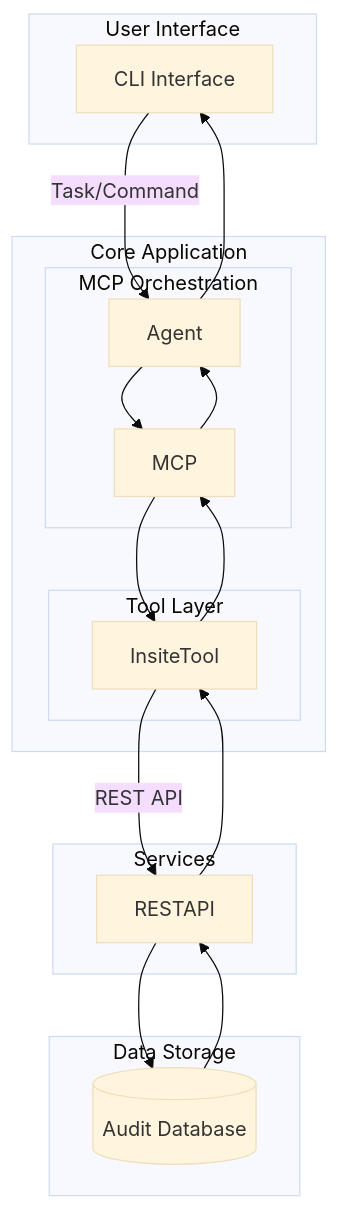
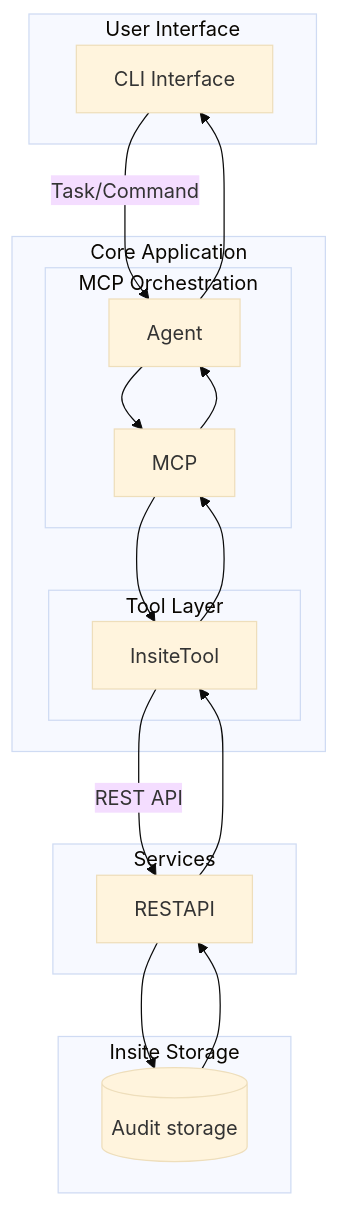
The first of 2 diagrams in README.md (nenavathsuresh/Autogen), drawn with Mermaid (base theme) before and after one commit.

````diff
--- a/README.md
+++ b/README.md
@@ -47,39 +47,39 @@
 ```mermaid
 graph TD
     subgraph User Interface
         CLI[CLI Interface]
     end
 
     subgraph Core Application
         CLI -->|Task/Command| Agent
         subgraph MCP Orchestration
             Agent --> MCP
         end
         subgraph Tool Layer
             MCP --> InsiteTool
         end
     end
 
     subgraph Services
         InsiteTool -->|REST API| RESTAPI
     end
 
-    subgraph Data Storage
-        RESTAPI --> AuditDB[(Audit Database)]
+    subgraph Insite Storage
+        RESTAPI --> AuditDB[(Audit storage)]
     end
 
     %% Feedback/Result Flow
     AuditDB --> RESTAPI
     RESTAPI --> InsiteTool
     InsiteTool --> MCP
     MCP --> Agent
     Agent --> CLI
 
     %% Explicit labeling for each core step
     click Agent "Represents the orchestrating core that parses YAML and triggers MCP"
     click MCP "Model Context Protocol coordinating tool requests"
     click InsiteTool "Business logic layer, communicates with backend REST API"
     click RESTAPI "Backend for audit report creation and retrieval"
     click AuditDB "Persistent storage/database for audit reports"
 
 ```
````
